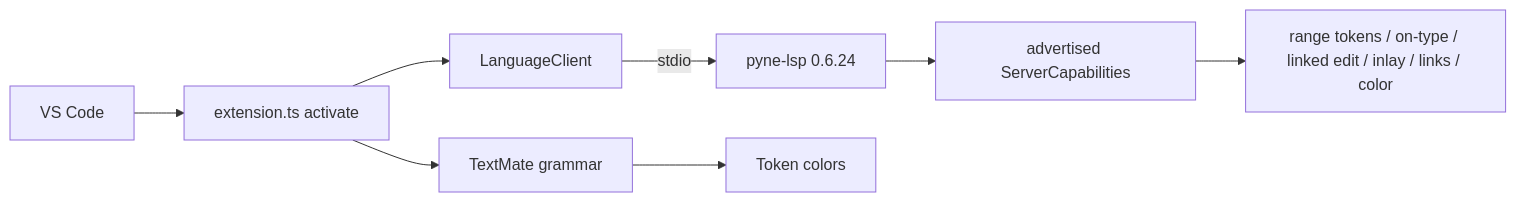
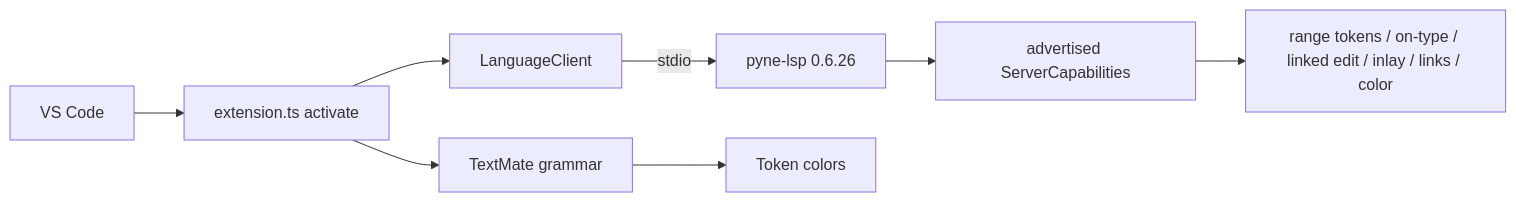
One commit to hoox-sh/pyne changed the diagram in docs/pyne/lsp/vscode-extension.mdx. Above: the diagram before and after it, drawn with Mermaid. The commit also changed other lines of this file and 8 other files, not shown here.

````diff
--- a/docs/pyne/lsp/vscode-extension.mdx
+++ b/docs/pyne/lsp/vscode-extension.mdx
@@ -33,10 +33,10 @@
 ```mermaid
 flowchart LR
   VS[VS Code] --> EXT[extension.ts activate]
   EXT --> LC[LanguageClient]
-  LC -->|stdio| LSP[pyne-lsp 0.6.24]
+  LC -->|stdio| LSP[pyne-lsp 0.6.26]
   EXT --> TM[TextMate grammar]
   TM --> HL[Token colors]
   LSP --> CAP[advertised ServerCapabilities]
   CAP --> UI[range tokens / on-type / linked edit / inlay / links / color]
 ```
````
